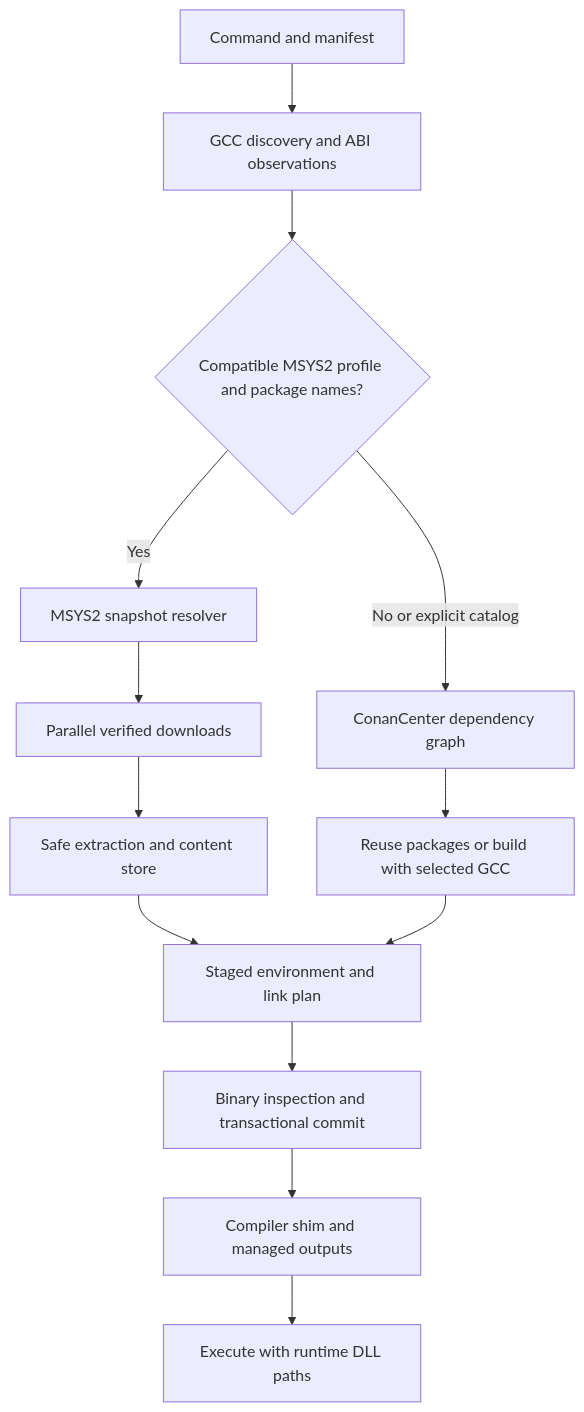
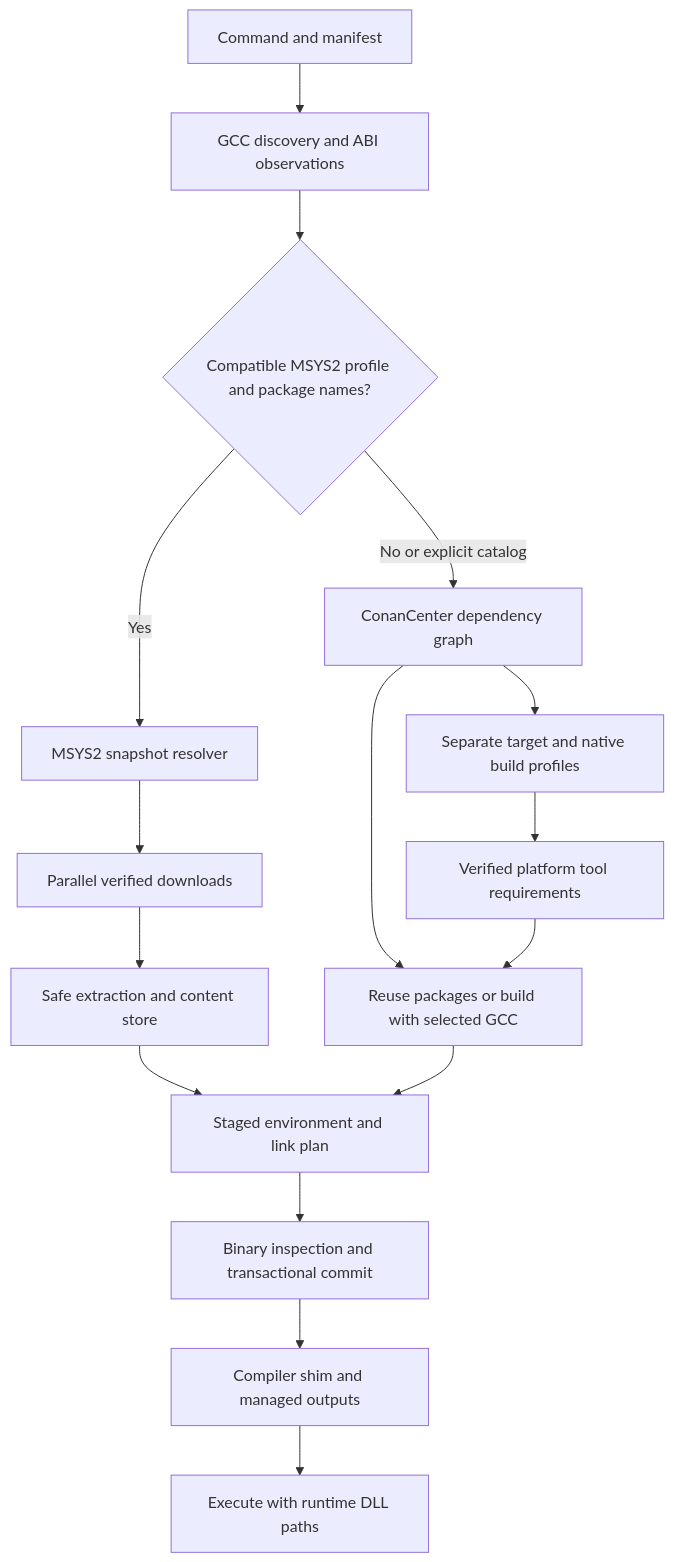
Before and after one commit to Bongusrihas/cpuv: the diagram in overview.md, drawn with Mermaid. The commit also changed other lines of this file and 7 other files, not shown here.

````diff
--- a/overview.md
+++ b/overview.md
@@ -5,15 +5,18 @@
 ```mermaid
 flowchart TD
     CLI[Command and manifest] --> Probe[GCC discovery and ABI observations]
     Probe --> Provider{Compatible MSYS2 profile and package names?}
     Provider -->|Yes| Solver[MSYS2 snapshot resolver]
     Solver --> Fetch[Parallel verified downloads]
     Fetch --> Store[Safe extraction and content store]
     Provider -->|No or explicit catalog| Catalog[ConanCenter dependency graph]
+    Catalog --> Profiles[Separate target and native build profiles]
+    Profiles --> Tools[Verified platform tool requirements]
     Catalog --> Native[Reuse packages or build with selected GCC]
+    Tools --> Native
     Store --> Env[Staged environment and link plan]
     Native --> Env
     Env --> Inspect[Binary inspection and transactional commit]
     Inspect --> Build[Compiler shim and managed outputs]
     Build --> Run[Execute with runtime DLL paths]
 ```
````
